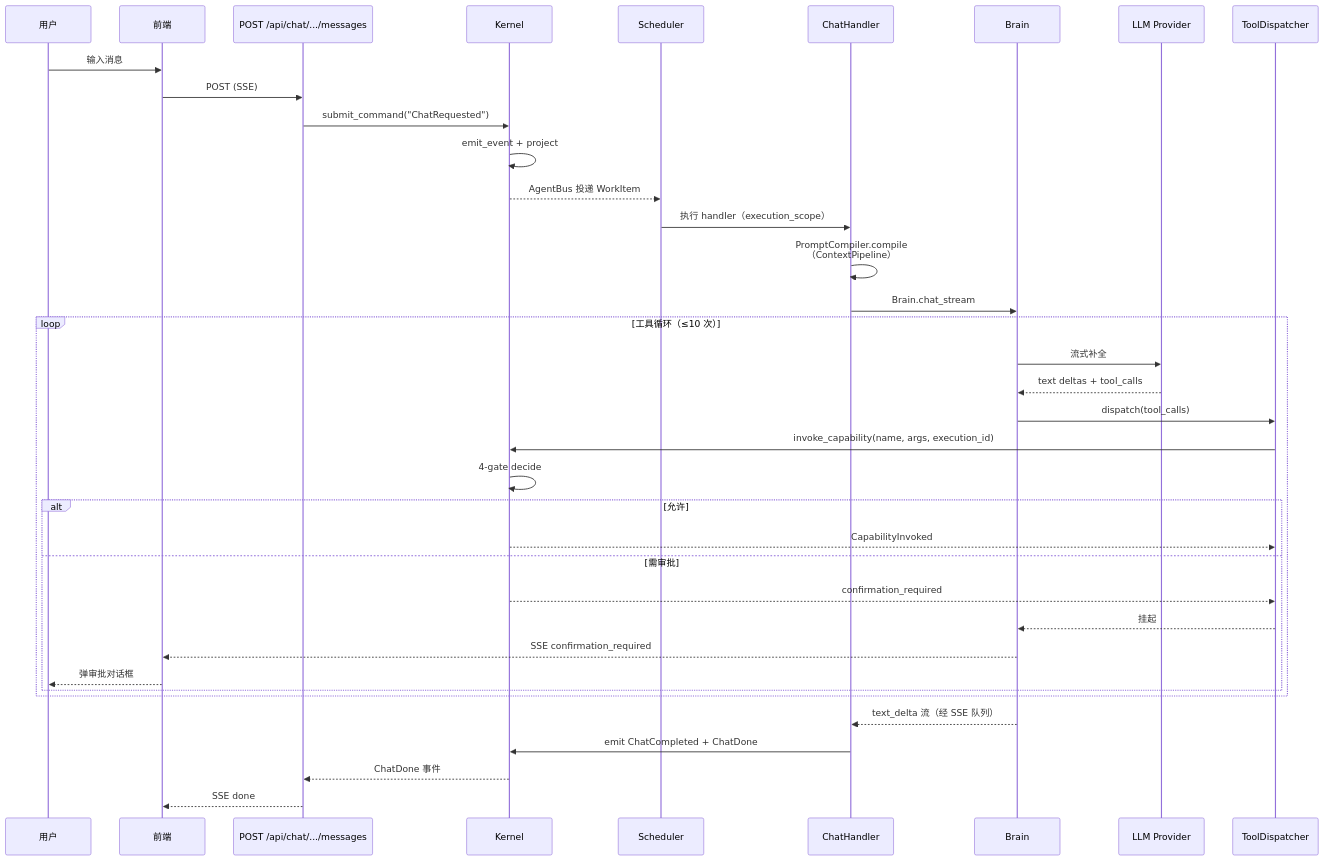
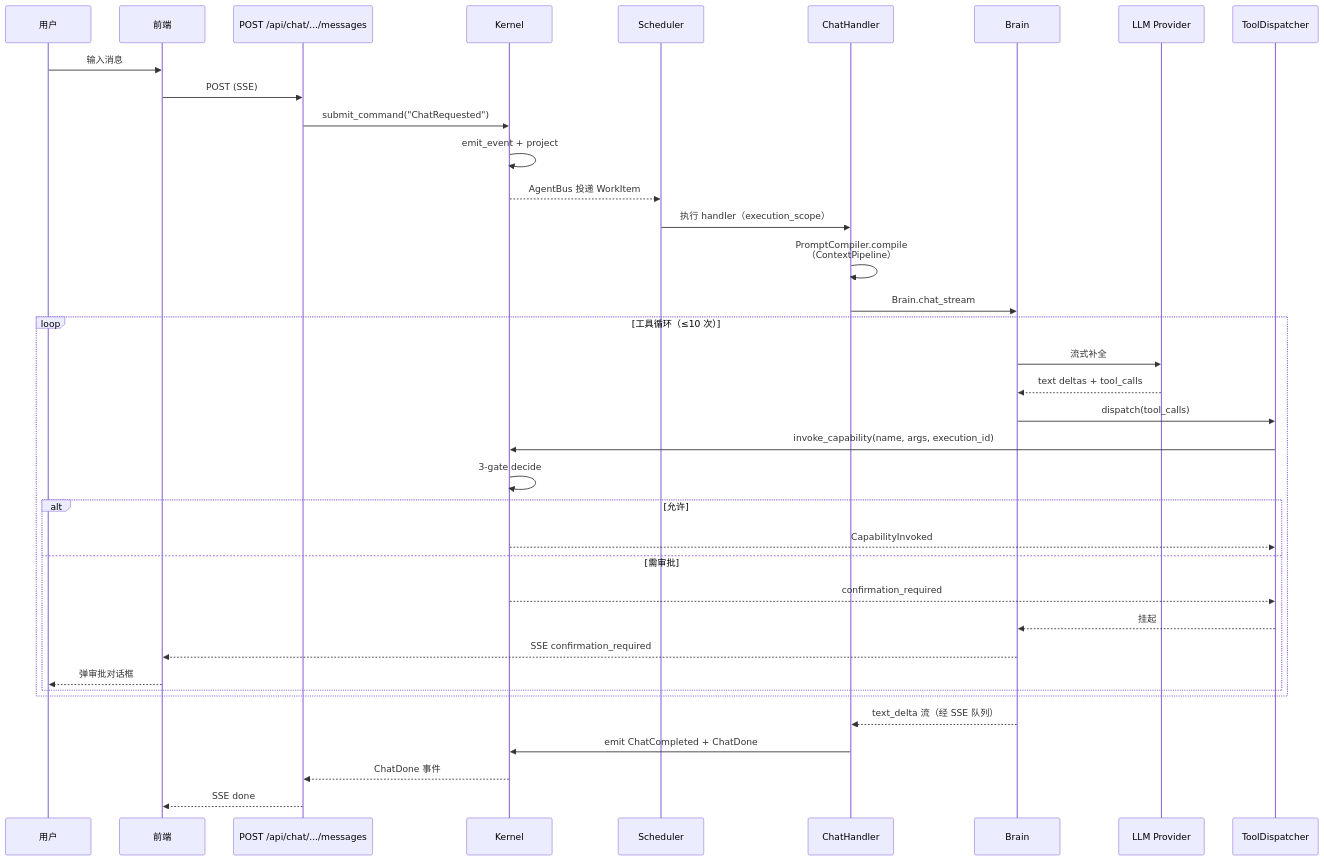
Before and after one commit to yyyyyyyy/personal-ai-runtime: the third of 3 diagrams in docs/01-overview/architecture.md, drawn with Mermaid. The commit also changed 21 other files, not shown here.

````diff
--- a/docs/01-overview/architecture.md
+++ b/docs/01-overview/architecture.md
@@ -77,40 +77,40 @@
 ```mermaid
 sequenceDiagram
     participant U as 用户
     participant FE as 前端
     participant API as POST /api/chat/.../messages
     participant K as Kernel
     participant Sch as Scheduler
     participant H as ChatHandler
     participant B as Brain
     participant LLM as LLM Provider
     participant TD as ToolDispatcher
 
     U->>FE: 输入消息
     FE->>API: POST (SSE)
     API->>K: submit_command("ChatRequested")
     K->>K: emit_event + project
     K-->>Sch: AgentBus 投递 WorkItem
     Sch->>H: 执行 handler（execution_scope）
     H->>H: PromptCompiler.compile<br/>（ContextPipeline）
     H->>B: Brain.chat_stream
     loop 工具循环（≤10 次）
         B->>LLM: 流式补全
         LLM-->>B: text deltas + tool_calls
         B->>TD: dispatch(tool_calls)
         TD->>K: invoke_capability(name, args, execution_id)
-        K->>K: 4-gate decide
+        K->>K: 3-gate decide
         alt 允许
             K-->>TD: CapabilityInvoked
         else 需审批
             K-->>TD: confirmation_required
             TD-->>B: 挂起
             B-->>FE: SSE confirmation_required
             FE-->>U: 弹审批对话框
         end
     end
     B-->>H: text_delta 流（经 SSE 队列）
     H->>K: emit ChatCompleted + ChatDone
     K-->>API: ChatDone 事件
     API-->>FE: SSE done
 ```
````
